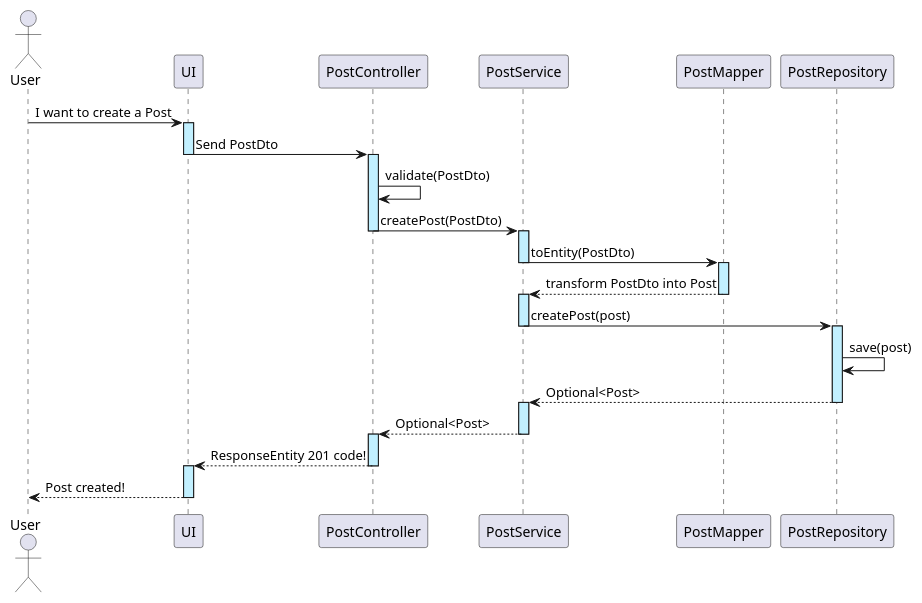
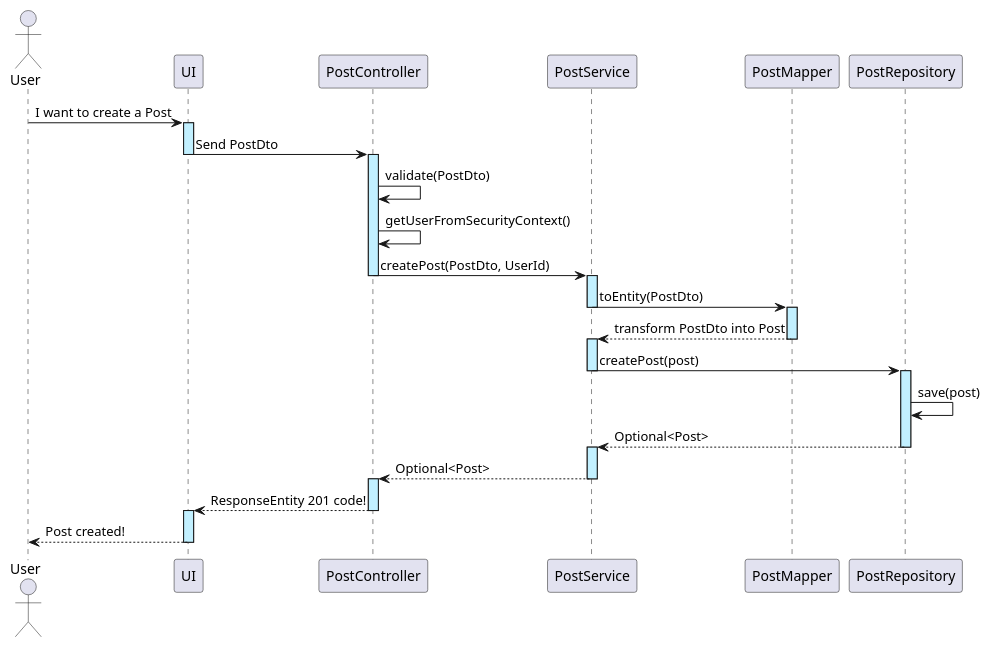
The diagram in Diagrams/US02/SD/US_02_createPost_SD.puml (implaymo/Social-Media-Platform), drawn with PlantUML before and after one commit.

Commit message:
Update sequence diagram for createPost

```diff
--- a/Diagrams/US02/SD/US_02_createPost_SD.puml
+++ b/Diagrams/US02/SD/US_02_createPost_SD.puml
@@ -1,20 +1,21 @@
 @startuml
 
 
 actor User
 
 User -> UI ++ #application: I want to create a Post
 UI -> PostController --++ #application : Send PostDto
 PostController -> PostController #application: validate(PostDto)
-PostController -> PostService --++ #application: createPost(PostDto)
+PostController -> PostController #application: getUserFromSecurityContext()
+PostController -> PostService --++ #application: createPost(PostDto, UserId)
 PostService -> PostMapper --++ #application: toEntity(PostDto)
 PostMapper --> PostService --++ #application: transform PostDto into Post
 PostService -> PostRepository --++ #application: createPost(post)
 PostRepository -> PostRepository #application: save(post)
 PostRepository --> PostService --++ #application: Optional<Post>
 PostService --> PostController --++ #application: Optional<Post>
 PostController --> UI --++ #application: ResponseEntity 201 code!
 UI --> User -- #application: Post created!
 
 
 @enduml
```
